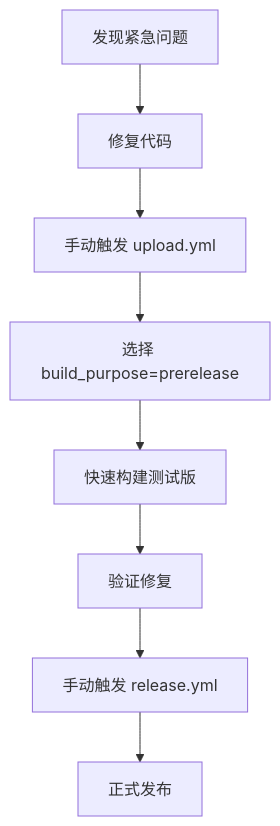
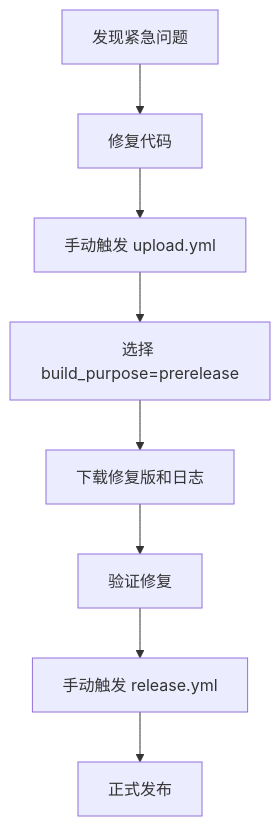
One commit to Polystachya/koishi-android changed the third of 3 diagrams in .github/workflows/README.md. Above: the diagram before and after it, drawn with Mermaid. The commit also changed other lines of this file, not shown here.

````diff
--- a/.github/workflows/README.md
+++ b/.github/workflows/README.md
@@ -119,10 +157,10 @@
 ```mermaid
 graph TD
     A[发现紧急问题] --> B[修复代码]
     B --> C[手动触发 upload.yml]
     C --> D[选择 build_purpose=prerelease]
-    D --> E[快速构建测试版]
+    D --> E[下载修复版和日志]
     E --> F[验证修复]
     F --> G[手动触发 release.yml]
     G --> H[正式发布]
 ```
````
